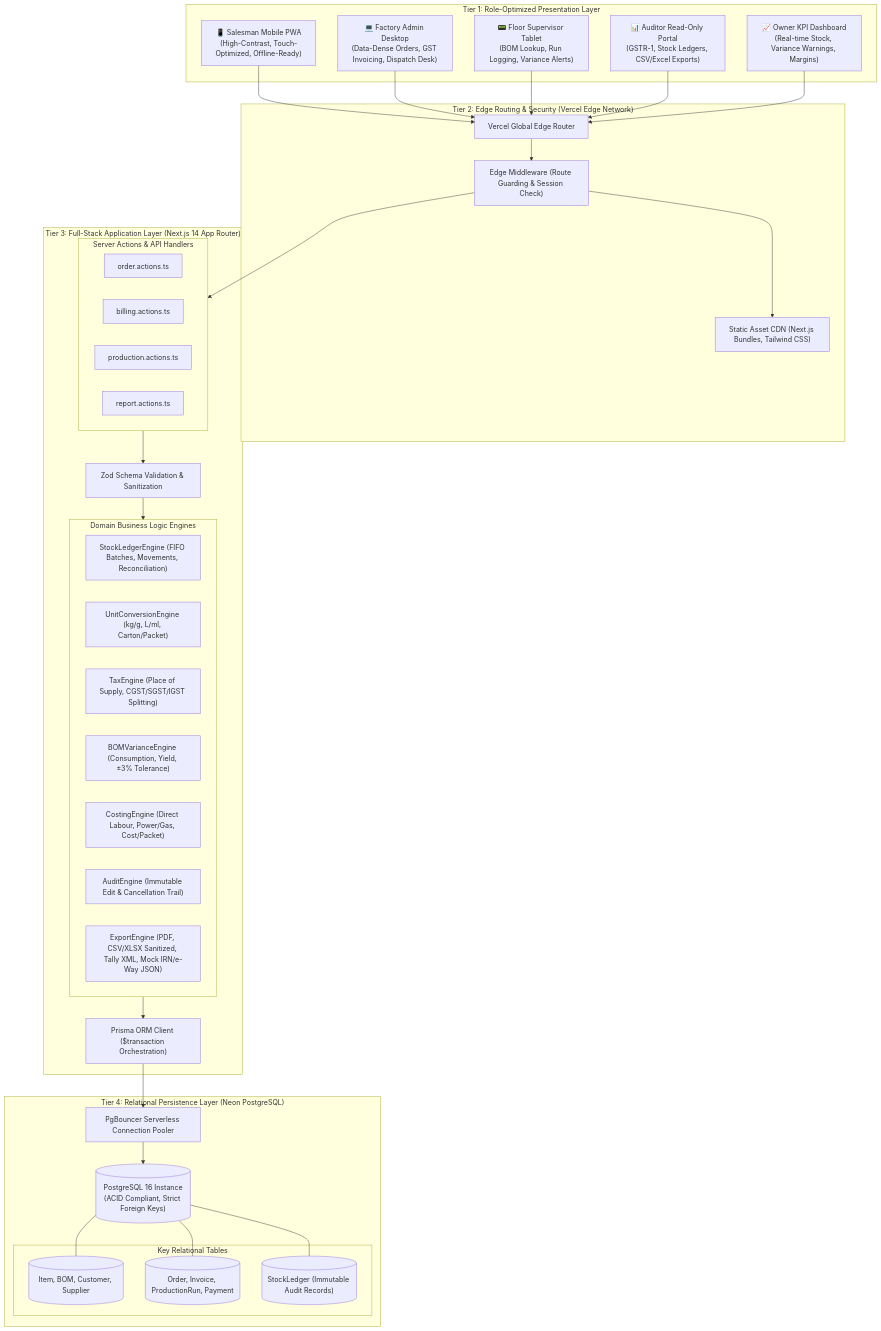
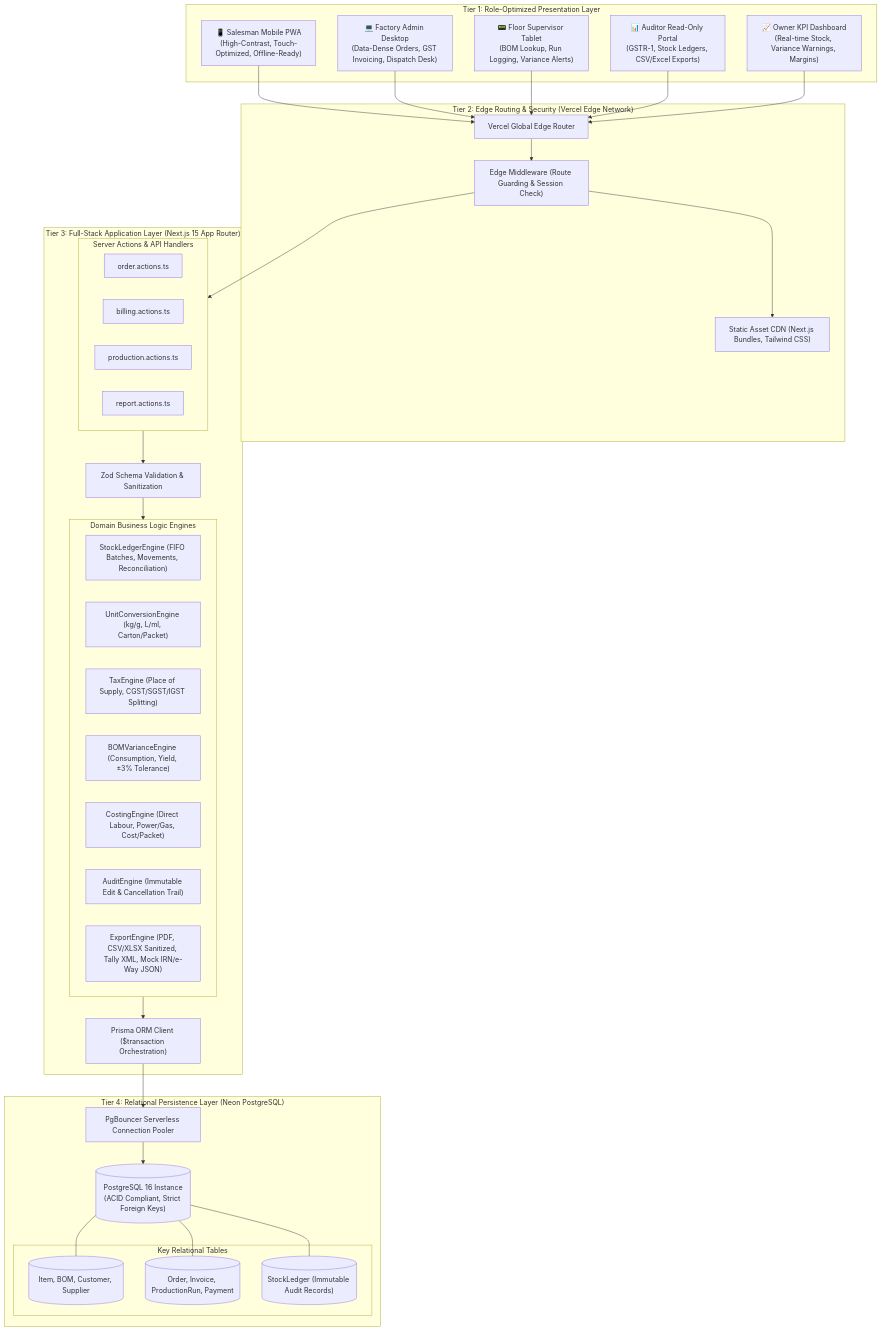
The first of 2 diagrams in docs/ARCHITECTURE.md (RohithRV2006/Nittin), drawn with Mermaid before and after one commit. The commit also changed 48 other files, not shown here.

````diff
--- a/docs/ARCHITECTURE.md
+++ b/docs/ARCHITECTURE.md
@@ -17,60 +17,60 @@
 ```mermaid
 flowchart TD
     subgraph PresentationLayer ["Tier 1: Role-Optimized Presentation Layer"]
         SalesDevice["📱 Salesman Mobile PWA\n(High-Contrast, Touch-Optimized, Offline-Ready)"]
         AdminDevice["💻 Factory Admin Desktop\n(Data-Dense Orders, GST Invoicing, Dispatch Desk)"]
         SupervisorDevice["📟 Floor Supervisor Tablet\n(BOM Lookup, Run Logging, Variance Alerts)"]
         AuditorDevice["📊 Auditor Read-Only Portal\n(GSTR-1, Stock Ledgers, CSV/Excel Exports)"]
         OwnerDevice["📈 Owner KPI Dashboard\n(Real-time Stock, Variance Warnings, Margins)"]
     end
 
     subgraph EdgeLayer ["Tier 2: Edge Routing & Security (Vercel Edge Network)"]
         EdgeRouter["Vercel Global Edge Router"]
         EdgeAuth["Edge Middleware (Route Guarding & Session Check)"]
         StaticAssets["Static Asset CDN (Next.js Bundles, Tailwind CSS)"]
     end
 
-    subgraph ApplicationLayer ["Tier 3: Full-Stack Application Layer (Next.js 14 App Router)"]
+    subgraph ApplicationLayer ["Tier 3: Full-Stack Application Layer (Next.js 15 App Router)"]
         subgraph ServerActions ["Server Actions & API Handlers"]
             OrderActions["order.actions.ts"]
             BillingActions["billing.actions.ts"]
             ProductionActions["production.actions.ts"]
             ReportActions["report.actions.ts"]
         end
 
         subgraph DomainEngines ["Domain Business Logic Engines"]
             StockEngine["StockLedgerEngine (FIFO Batches, Movements, Reconciliation)"]
             UnitEngine["UnitConversionEngine (kg/g, L/ml, Carton/Packet)"]
             TaxEngine["TaxEngine (Place of Supply, CGST/SGST/IGST Splitting)"]
             BOMEngine["BOMVarianceEngine (Consumption, Yield, ±3% Tolerance)"]
             CostingEngine["CostingEngine (Direct Labour, Power/Gas, Cost/Packet)"]
             AuditEngine["AuditEngine (Immutable Edit & Cancellation Trail)"]
             ExportEngine["ExportEngine (PDF, CSV/XLSX Sanitized, Tally XML, Mock IRN/e-Way JSON)"]
         end
 
         ZodValidator["Zod Schema Validation & Sanitization"]
         PrismaClient["Prisma ORM Client ($transaction Orchestration)"]
     end
 
     subgraph DataLayer ["Tier 4: Relational Persistence Layer (Neon PostgreSQL)"]
         ConnectionPooler["PgBouncer Serverless Connection Pooler"]
         PostgresDB[("PostgreSQL 16 Instance\n(ACID Compliant, Strict Foreign Keys)")]
         subgraph TablesGroup ["Key Relational Tables"]
             MasterTables[("Item, BOM, Customer, Supplier")]
             TransactionTables[("Order, Invoice, ProductionRun, Payment")]
             LedgerTable[("StockLedger (Immutable Audit Records)")]
         end
     end
 
     SalesDevice & AdminDevice & SupervisorDevice & AuditorDevice & OwnerDevice --> EdgeRouter
     EdgeRouter --> EdgeAuth
     EdgeAuth --> StaticAssets
     EdgeAuth --> ServerActions
 
     ServerActions --> ZodValidator
     ZodValidator --> DomainEngines
     DomainEngines --> PrismaClient
     PrismaClient --> ConnectionPooler
     ConnectionPooler --> PostgresDB
     PostgresDB --- MasterTables & TransactionTables & LedgerTable
 ```
````
